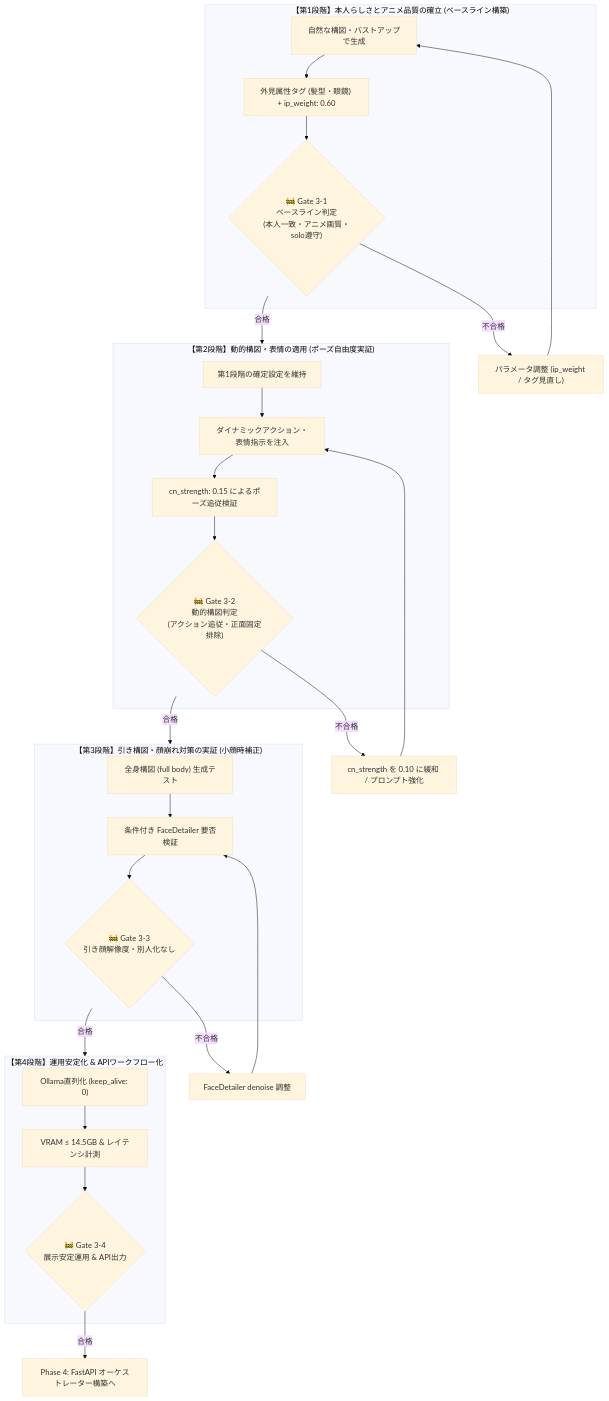
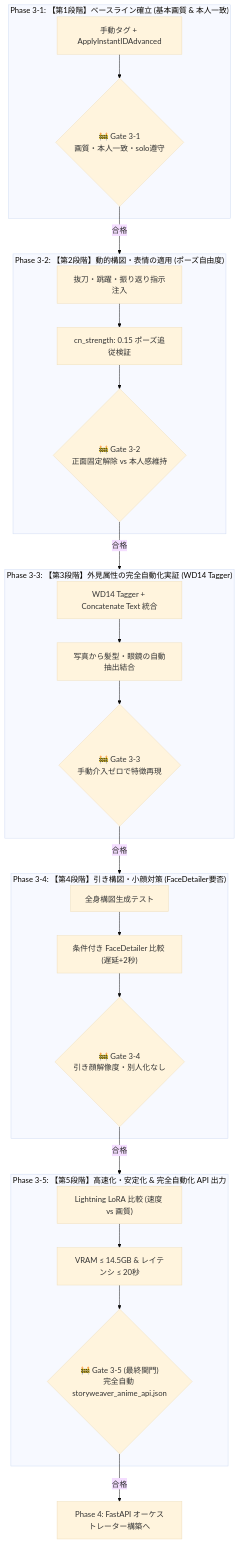
The diagram in docs/plans/phase3_revision_plan.md (nasabanaru-sketch/StoryWeaver), drawn with Mermaid (base theme) before and after one commit. The commit also changed other lines of this file and 2 other files, not shown here.

Commit message:
docs: Revise Phase 3 plan to v3.1.0 with WD14 Tagger integration and full automation roadmap

````diff
--- a/docs/plans/phase3_revision_plan.md
+++ b/docs/plans/phase3_revision_plan.md
@@ -35,38 +30,35 @@
 ```mermaid
 flowchart TD
-    subgraph Step1["【第1段階】本人らしさとアニメ品質の確立 (ベースライン構築)"]
-        S1_1["自然な構図・バストアップで生成"] --> S1_2["外見属性タグ (髪型・眼鏡) + ip_weight: 0.60"]
-        S1_2 --> G31{"🚧 Gate 3-1<br>ベースライン判定<br>(本人一致・アニメ画質・solo遵守)"}
+    subgraph P31["Phase 3-1: 【第1段階】ベースライン確立 (基本画質 & 本人一致)"]
+        A1["手動タグ + ApplyInstantIDAdvanced"] --> G31{"🚧 Gate 3-1<br>画質・本人一致・solo遵守"}
     end
 
-    subgraph Step2["【第2段階】動的構図・表情の適用 (ポーズ自由度実証)"]
-        S2_1["第1段階の確定設定を維持"] --> S2_2["ダイナミックアクション・表情指示を注入"]
-        S2_2 --> S2_3["cn_strength: 0.15 によるポーズ追従検証"]
-        S2_3 --> G32{"🚧 Gate 3-2<br>動的構図判定<br>(アクション追従・正面固定排除)"}
+    subgraph P32["Phase 3-2: 【第2段階】動的構図・表情の適用 (ポーズ自由度)"]
+        B1["抜刀・跳躍・振り返り指示注入"] --> B2["cn_strength: 0.15 ポーズ追従検証"]
+        B2 --> G32{"🚧 Gate 3-2<br>正面固定解除 vs 本人感維持"}
     end
 
-    subgraph Step3["【第3段階】引き構図・顔崩れ対策の実証 (小顔時補正)"]
-        S3_1["全身構図 (full body) 生成テスト"] --> S3_2["条件付き FaceDetailer 要否検証"]
-        S3_2 --> G33{"🚧 Gate 3-3<br>引き顔解像度・別人化なし"}
+    subgraph P33["Phase 3-3: 【第3段階】外見属性の完全自動化実証 (WD14 Tagger)"]
+        C1["WD14 Tagger + Concatenate Text 統合"] --> C2["写真から髪型・眼鏡の自動抽出結合"]
+        C2 --> G33{"🚧 Gate 3-3<br>手動介入ゼロで特徴再現"}
     end
 
-    subgraph Step4["【第4段階】運用安定化 & APIワークフロー化"]
-        S4_1["Ollama直列化 (keep_alive: 0)"] --> S4_2["VRAM ≤ 14.5GB & レイテンシ計測"]
-        S4_2 --> G34{"🚧 Gate 3-4<br>展示安定運用 & API出力"}
+    subgraph P34["Phase 3-4: 【第4段階】引き構図・小顔対策 (FaceDetailer要否)"]
+        D1["全身構図生成テスト"] --> D2["条件付き FaceDetailer 比較 (遅延+2秒)"]
+        D2 --> G34{"🚧 Gate 3-4<br>引き顔解像度・別人化なし"}
     end
 
-    G31 -- "合格" --> Step2
-    G31 -- "不合格" --> F1["パラメータ調整 (ip_weight / タグ見直し)"] --> S1_1
+    subgraph P35["Phase 3-5: 【第5段階】高速化・安定化 & 完全自動化 API 出力"]
+        E1["Lightning LoRA 比較 (速度 vs 画質)"] --> E2["VRAM ≤ 14.5GB & レイテンシ ≤ 20秒"]
+        E2 --> G35{"🚧 Gate 3-5 (最終関門)<br>完全自動 storyweaver_anime_api.json"}
+    end
 
-    G32 -- "合格" --> Step3
-    G32 -- "不合格" --> F2["cn_strength を 0.10 に緩和 / プロンプト強化"] --> S2_2
-
-    G33 -- "合格" --> Step4
-    G33 -- "不合格" --> F3["FaceDetailer denoise 調整"] --> S3_2
-
-    G34 -- "合格" --> COMP["Phase 4: FastAPI オーケストレーター構築へ"]
+    G31 -- "合格" --> P32
+    G32 -- "合格" --> P33
+    G33 -- "合格" --> P34
+    G34 -- "合格" --> P35
+    G35 -- "合格" --> COMP["Phase 4: FastAPI オーケストレーター構築へ"]
 
     classDef gate fill:#d97706,stroke:#fcd34d,color:#fff;
-    classDef step fill:#1e293b,stroke:#475569,color:#fff;
     classDef comp fill:#16a34a,stroke:#22c55e,color:#fff;
 ```
````
